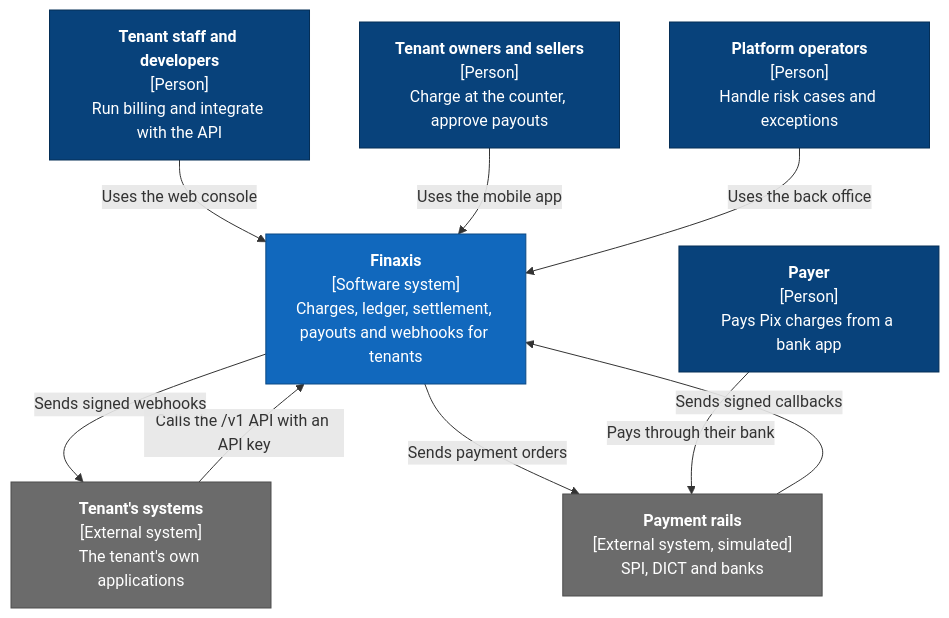
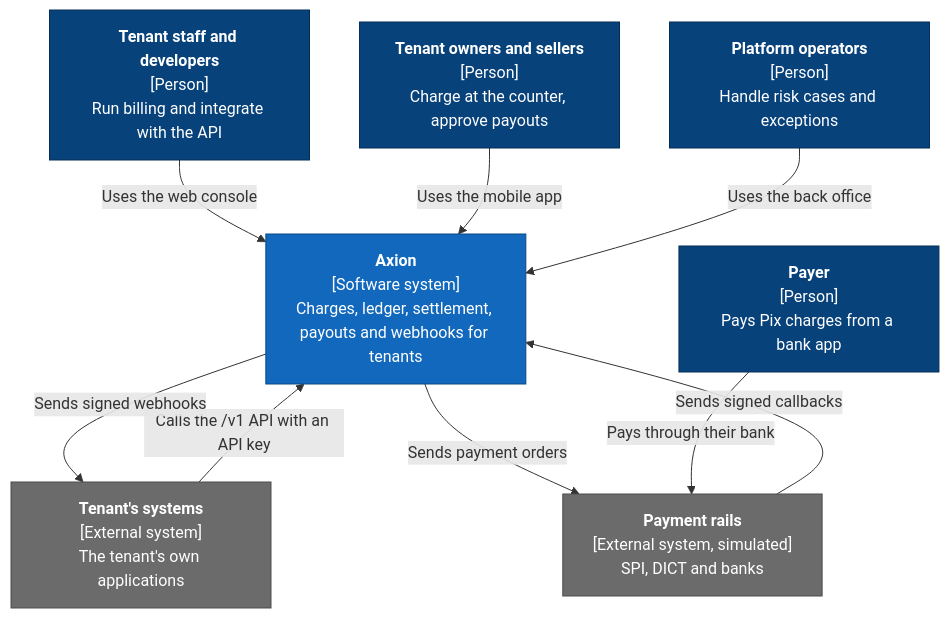
One commit to renatomf/axion changed the diagram in docs/architecture/c4-context.md. Above: the diagram before and after it, drawn with Mermaid. The commit also changed other lines of this file and 18 other files, not shown here.

````diff
--- a/docs/architecture/c4-context.md
+++ b/docs/architecture/c4-context.md
@@ -5,28 +5,28 @@
 ```mermaid
 flowchart TB
     staff["<b>Tenant staff and developers</b><br/>[Person]<br/>Run billing and integrate with the API"]
     owners["<b>Tenant owners and sellers</b><br/>[Person]<br/>Charge at the counter, approve payouts"]
     operators["<b>Platform operators</b><br/>[Person]<br/>Handle risk cases and exceptions"]
     payer["<b>Payer</b><br/>[Person]<br/>Pays Pix charges from a bank app"]
 
-    finaxis["<b>Finaxis</b><br/>[Software system]<br/>Charges, ledger, settlement, payouts and webhooks for tenants"]
+    axion["<b>Axion</b><br/>[Software system]<br/>Charges, ledger, settlement, payouts and webhooks for tenants"]
 
     tenant["<b>Tenant's systems</b><br/>[External system]<br/>The tenant's own applications"]
     rails["<b>Payment rails</b><br/>[External system, simulated]<br/>SPI, DICT and banks"]
 
-    staff -- "Uses the web console" --> finaxis
-    owners -- "Uses the mobile app" --> finaxis
-    operators -- "Uses the back office" --> finaxis
-    tenant -- "Calls the /v1 API with an API key" --> finaxis
-    finaxis -- "Sends signed webhooks" --> tenant
-    finaxis -- "Sends payment orders" --> rails
-    rails -- "Sends signed callbacks" --> finaxis
+    staff -- "Uses the web console" --> axion
+    owners -- "Uses the mobile app" --> axion
+    operators -- "Uses the back office" --> axion
+    tenant -- "Calls the /v1 API with an API key" --> axion
+    axion -- "Sends signed webhooks" --> tenant
+    axion -- "Sends payment orders" --> rails
+    rails -- "Sends signed callbacks" --> axion
     payer -- "Pays through their bank" --> rails
 
     classDef person fill:#08427b,stroke:#052e56,color:#fff
     classDef system fill:#1168bd,stroke:#0b4884,color:#fff
     classDef external fill:#6b6b6b,stroke:#4d4d4d,color:#fff
     class staff,owners,operators,payer person
-    class finaxis system
+    class axion system
     class tenant,rails external
 ```
````
